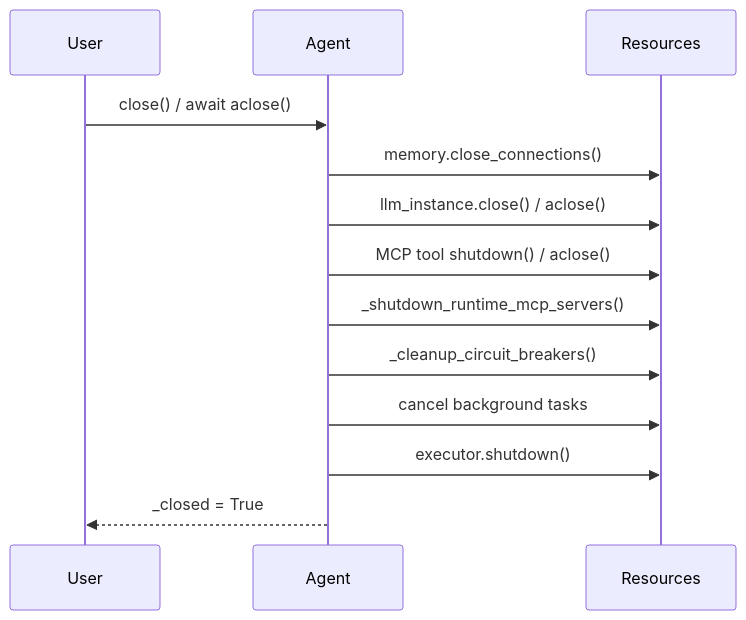
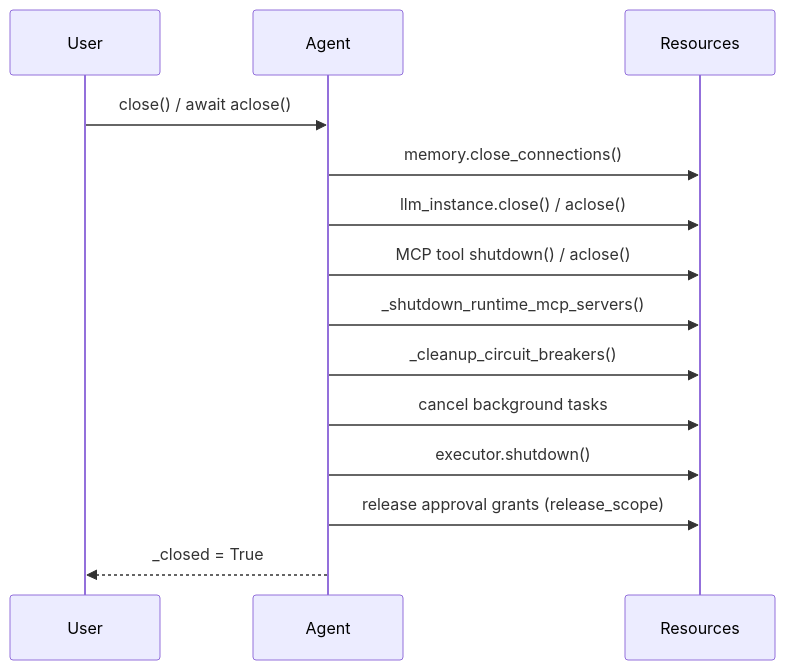
Before and after one commit to MervinPraison/PraisonAIDocs: the second of 2 diagrams in docs/features/agent-lifecycle-cleanup.mdx, drawn with Mermaid. The commit also changed other lines of this file and 7 other files, not shown here.

````diff
--- a/docs/features/agent-lifecycle-cleanup.mdx
+++ b/docs/features/agent-lifecycle-cleanup.mdx
@@ -99,16 +101,17 @@
 ```mermaid
 sequenceDiagram
     participant User
     participant Agent
     participant Resources
 
     User->>Agent: close() / await aclose()
     Agent->>Resources: memory.close_connections()
     Agent->>Resources: llm_instance.close() / aclose()
     Agent->>Resources: MCP tool shutdown() / aclose()
     Agent->>Resources: _shutdown_runtime_mcp_servers()
     Agent->>Resources: _cleanup_circuit_breakers()
     Agent->>Resources: cancel background tasks
     Agent->>Resources: executor.shutdown()
+    Agent->>Resources: release approval grants (release_scope)
     Agent-->>User: _closed = True
 ```
````
